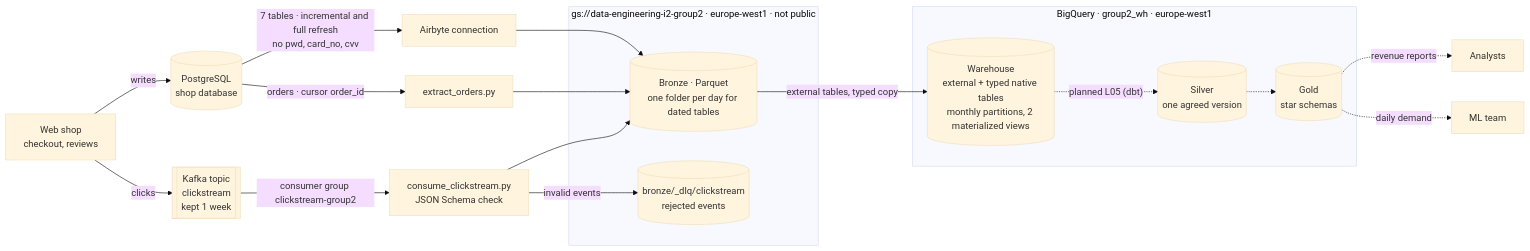
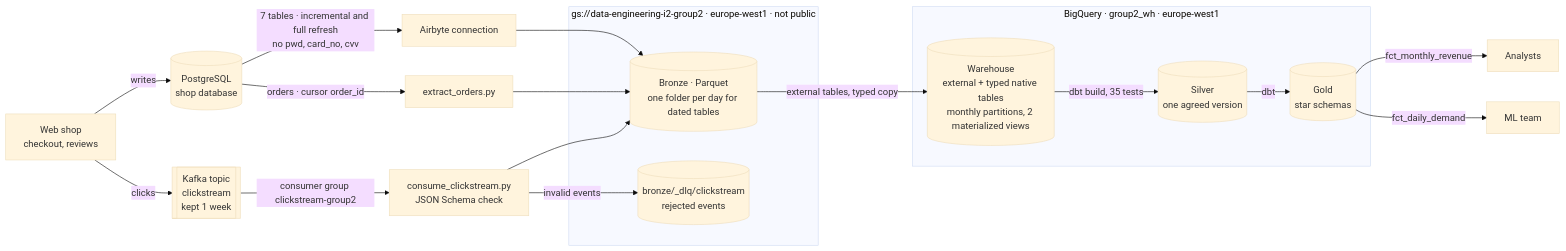
Before and after one commit to lumaruyam/de-platform-rlwc: the diagram in docs/architecture.md, drawn with Mermaid (base theme). The commit also changed other lines of this file and 28 other files, not shown here.

Commit message:
Step 5: dbt silver and gold models, tests, freshness, docs

````diff
--- a/docs/architecture.md
+++ b/docs/architecture.md
@@ -11,26 +11,26 @@
 ```mermaid
 flowchart LR
   shop["Web shop<br/>checkout, reviews"] -->|writes| pg[("PostgreSQL<br/>shop database")]
   shop -->|clicks| kafka[["Kafka topic<br/>clickstream<br/>kept 1 week"]]
   pg -->|"7 tables · incremental and full refresh<br/>no pwd, card_no, cvv"| airbyte["Airbyte connection"]
   pg -->|"orders · cursor order_id"| ext["extract_orders.py"]
   kafka -->|"consumer group clickstream-group2"| cons["consume_clickstream.py<br/>JSON Schema check"]
   subgraph gcs["gs://data-engineering-i2-group2 · europe-west1 · not public"]
     bronze[("Bronze · Parquet<br/>one folder per day for dated tables")]
     dlq[("bronze/_dlq/clickstream<br/>rejected events")]
   end
   airbyte --> bronze
   ext --> bronze
   cons --> bronze
   cons -->|invalid events| dlq
   subgraph bq["BigQuery · group2_wh · europe-west1"]
     wh[("Warehouse<br/>external + typed native tables<br/>monthly partitions, 2 materialized views")]
     silver[("Silver<br/>one agreed version")]
     gold[("Gold<br/>star schemas")]
   end
   bronze -->|"external tables, typed copy"| wh
-  wh -.->|"planned L05 (dbt)"| silver
-  silver -.-> gold
-  gold -.->|revenue reports| analysts[Analysts]
-  gold -.->|daily demand| ml[ML team]
+  wh -->|"dbt build, 35 tests"| silver
+  silver -->|dbt| gold
+  gold -->|fct_monthly_revenue| analysts[Analysts]
+  gold -->|fct_daily_demand| ml[ML team]
 ```
````
